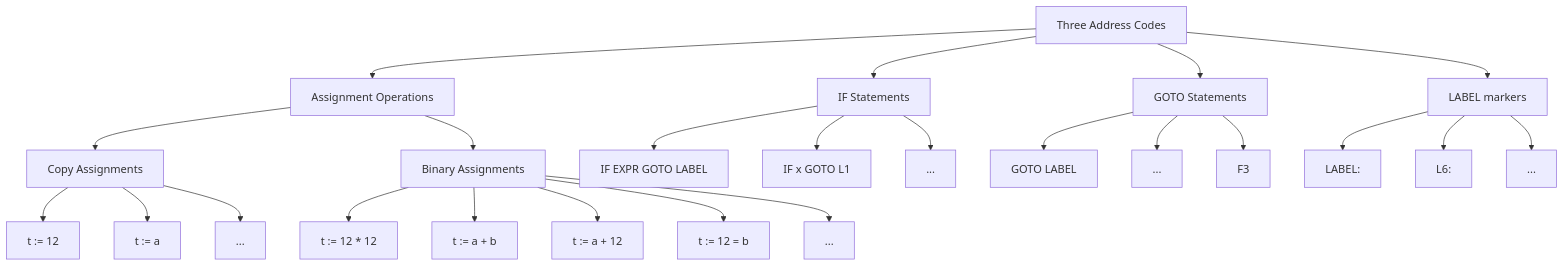
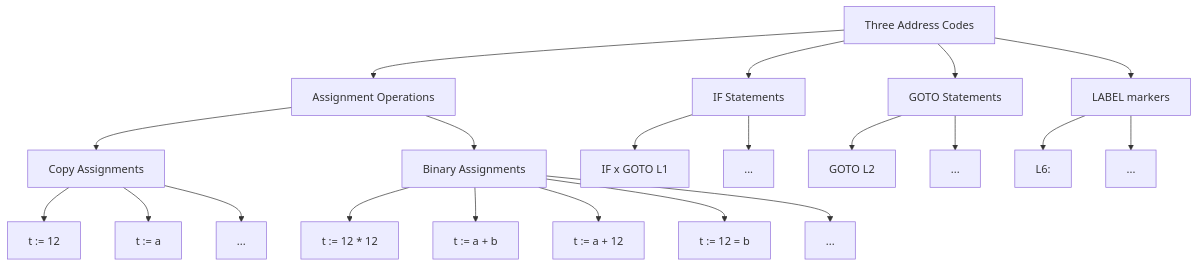
The diagram in README.md (xemadp/Compiler4031), drawn with Mermaid before and after one commit.

Commit message:
fix: make mermaid fig more simple

````diff
--- a/README.md
+++ b/README.md
@@ -25,51 +25,45 @@
 ```mermaid
 graph TD
     A[Three Address Codes]
     B[Assignment Operations]
     C[Copy Assignments]
     D[Binary Assignments]
     E[IF Statements]
     F[GOTO Statements]
     G[LABEL markers]
     C1["t := 12"]
     C2["t := a"]
     C3["..."]
     D1["t := 12 * 12"]
     D2["t := a + b"]
     D3["t := a + 12"]
     D4["t := 12 = b"]
     D5["..."]
-    E1["IF EXPR GOTO LABEL"]
-    E2["IF x GOTO L1"]
-    E3["..."]
-    F1["GOTO LABEL"]
-    F2["GOTO L2"]
+    E1["IF x GOTO L1"]
+    E2["..."]
+    F1["GOTO L2"]
     F2["..."]
-    G1["LABEL:"]
-    G2["L6:"]
-    G3["..."]
+    G1["L6:"]
+    G2["..."]
 
     A --> B
     A --> E
     A --> F
     A --> G
     B --> C
     B --> D
     C --> C1
     C --> C2
     C --> C3
     D --> D1 
     D --> D2
     D --> D3
     D --> D4
     D --> D5
     E --> E1
     E --> E2
-    E --> E3
     F --> F1
     F --> F2
-    F --> F3
     G --> G1
     G --> G2
-    G --> G3
 ```
````
